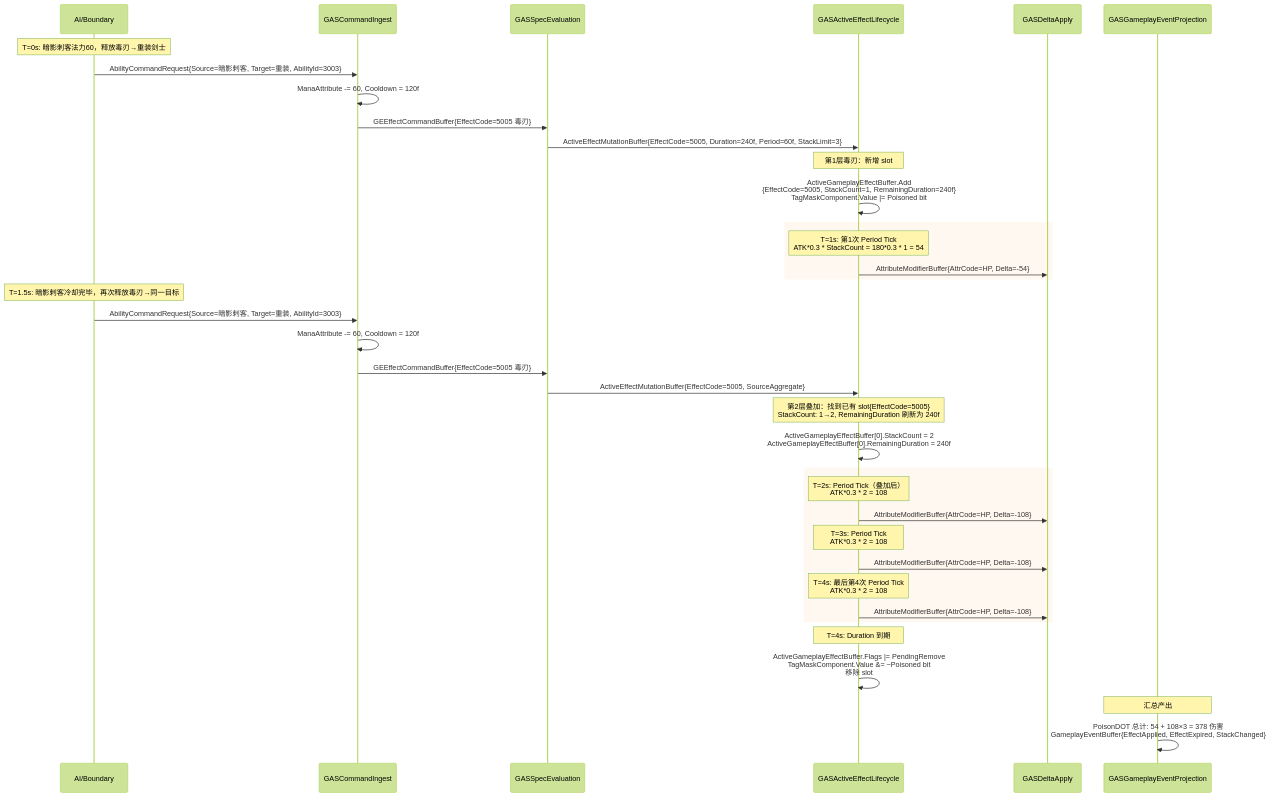
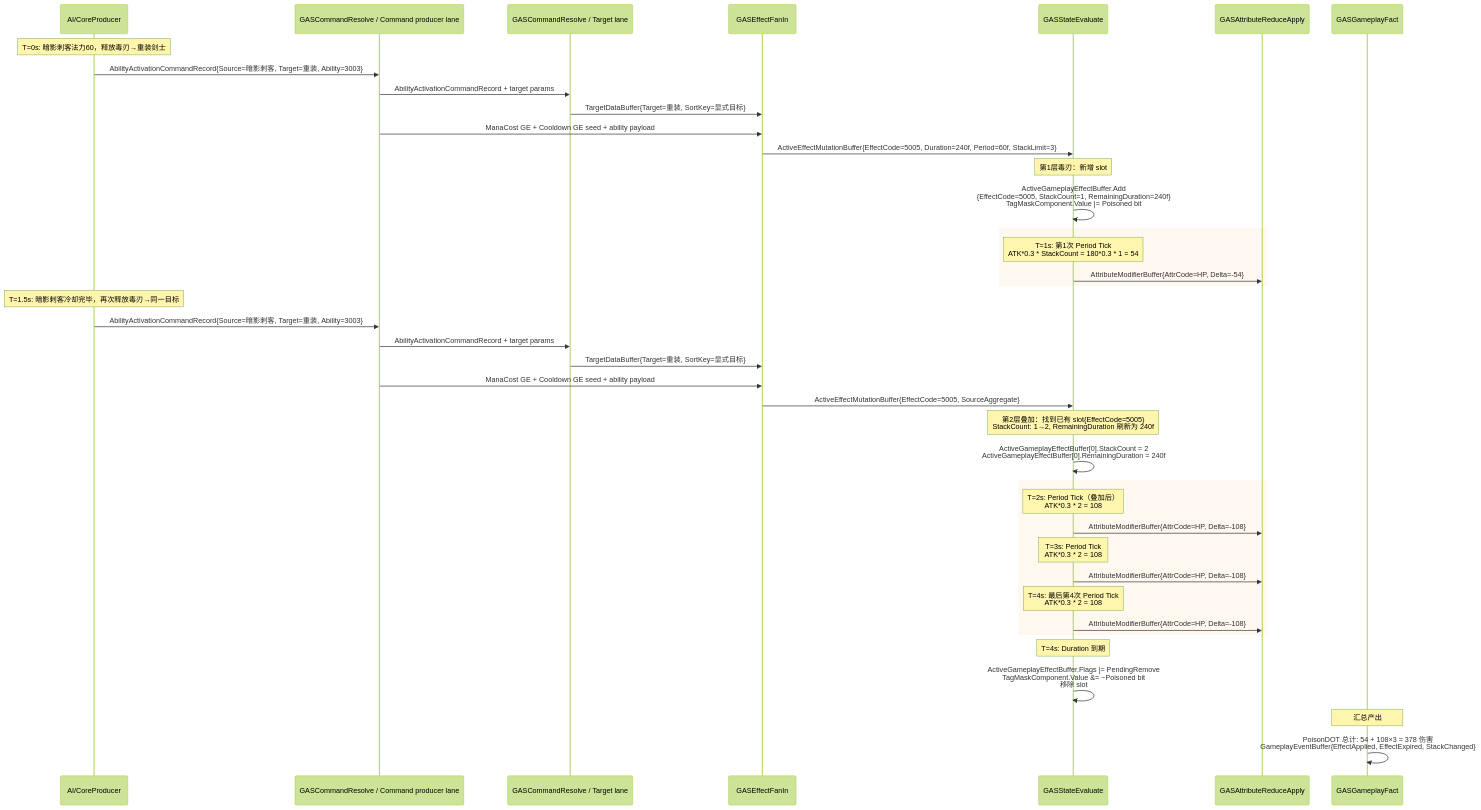
One commit to Bo-ki/gameplay-ability-system-for-unity changed the third of 4 diagrams in 方案讨论/针对2.0的ECS架构的迭代方案讨论/01-目标态架构共识/10B-AutoChess完整业务案例设计Spec.md. Above: the diagram before and after it, drawn with Mermaid (forest theme). The commit also changed other lines of this file and 455 other files, not shown here.

````diff
--- a/方案讨论/针对2.0的ECS架构的迭代方案讨论/01-目标态架构共识/10B-AutoChess完整业务案例设计Spec.md
+++ b/方案讨论/针对2.0的ECS架构的迭代方案讨论/01-目标态架构共识/10B-AutoChess完整业务案例设计Spec.md
@@ -1950,51 +2120,54 @@
 ```mermaid
 sequenceDiagram
-    participant AI as AI/Boundary
-    participant Ingest as GASCommandIngest
-    participant Spec as GASSpecEvaluation
-    participant Lifecycle as GASActiveEffectLifecycle
-    participant Delta as GASDeltaApply
-    participant Fact as GASGameplayEventProjection
+    participant AI as AI/CoreProducer
+    participant Ingest as GASCommandResolve / Command producer lane
+    participant Target as GASCommandResolve / Target lane
+    participant Spec as GASEffectFanIn
+    participant Lifecycle as GASStateEvaluate
+    participant Delta as GASAttributeReduceApply
+    participant Fact as GASGameplayFact
 
     Note over AI: T=0s: 暗影刺客法力60，释放毒刃→重装剑士
-    AI->>Ingest: AbilityCommandRequest{Source=暗影刺客, Target=重装, AbilityId=3003}
+    AI->>Ingest: AbilityActivationCommandRecord{Source=暗影刺客, Target=重装, Ability=3003}
 
-    Ingest->>Ingest: ManaAttribute -= 60, Cooldown = 120f
-    Ingest->>Spec: GEEffectCommandBuffer{EffectCode=5005 毒刃}
+    Ingest->>Target: AbilityActivationCommandRecord + target params
+    Target->>Spec: TargetDataBuffer{Target=重装, SortKey=显式目标}
+    Ingest->>Spec: ManaCost GE + Cooldown GE seed + ability payload
 
     Spec->>Lifecycle: ActiveEffectMutationBuffer{EffectCode=5005, Duration=240f, Period=60f, StackLimit=3}
 
     Note over Lifecycle: 第1层毒刃：新增 slot
     Lifecycle->>Lifecycle: ActiveGameplayEffectBuffer.Add<br/>{EffectCode=5005, StackCount=1, RemainingDuration=240f}<br/>TagMaskComponent.Value |= Poisoned bit
 
     rect rgb(255, 248, 240)
         Note over Lifecycle: T=1s: 第1次 Period Tick<br/>ATK*0.3 * StackCount = 180*0.3 * 1 = 54
         Lifecycle->>Delta: AttributeModifierBuffer{AttrCode=HP, Delta=-54}
     end
 
     Note over AI: T=1.5s: 暗影刺客冷却完毕，再次释放毒刃→同一目标
-    AI->>Ingest: AbilityCommandRequest{Source=暗影刺客, Target=重装, AbilityId=3003}
+    AI->>Ingest: AbilityActivationCommandRecord{Source=暗影刺客, Target=重装, Ability=3003}
 
-    Ingest->>Ingest: ManaAttribute -= 60, Cooldown = 120f
-    Ingest->>Spec: GEEffectCommandBuffer{EffectCode=5005 毒刃}
+    Ingest->>Target: AbilityActivationCommandRecord + target params
+    Target->>Spec: TargetDataBuffer{Target=重装, SortKey=显式目标}
+    Ingest->>Spec: ManaCost GE + Cooldown GE seed + ability payload
 
     Spec->>Lifecycle: ActiveEffectMutationBuffer{EffectCode=5005, SourceAggregate}
 
     Note over Lifecycle: 第2层叠加：找到已有 slot{EffectCode=5005}<br/>StackCount: 1→2, RemainingDuration 刷新为 240f
     Lifecycle->>Lifecycle: ActiveGameplayEffectBuffer[0].StackCount = 2<br/>ActiveGameplayEffectBuffer[0].RemainingDuration = 240f
 
     rect rgb(255, 248, 240)
         Note over Lifecycle: T=2s: Period Tick（叠加后）<br/>ATK*0.3 * 2 = 108
         Lifecycle->>Delta: AttributeModifierBuffer{AttrCode=HP, Delta=-108}
         Note over Lifecycle: T=3s: Period Tick<br/>ATK*0.3 * 2 = 108
         Lifecycle->>Delta: AttributeModifierBuffer{AttrCode=HP, Delta=-108}
         Note over Lifecycle: T=4s: 最后第4次 Period Tick<br/>ATK*0.3 * 2 = 108
         Lifecycle->>Delta: AttributeModifierBuffer{AttrCode=HP, Delta=-108}
     end
 
     Note over Lifecycle: T=4s: Duration 到期
     Lifecycle->>Lifecycle: ActiveGameplayEffectBuffer.Flags |= PendingRemove<br/>TagMaskComponent.Value &= ~Poisoned bit<br/>移除 slot
 
     Note over Fact: 汇总产出
     Fact->>Fact: PoisonDOT 总计: 54 + 108×3 = 378 伤害<br/>GameplayEventBuffer{EffectApplied, EffectExpired, StackChanged}
 ```
````
